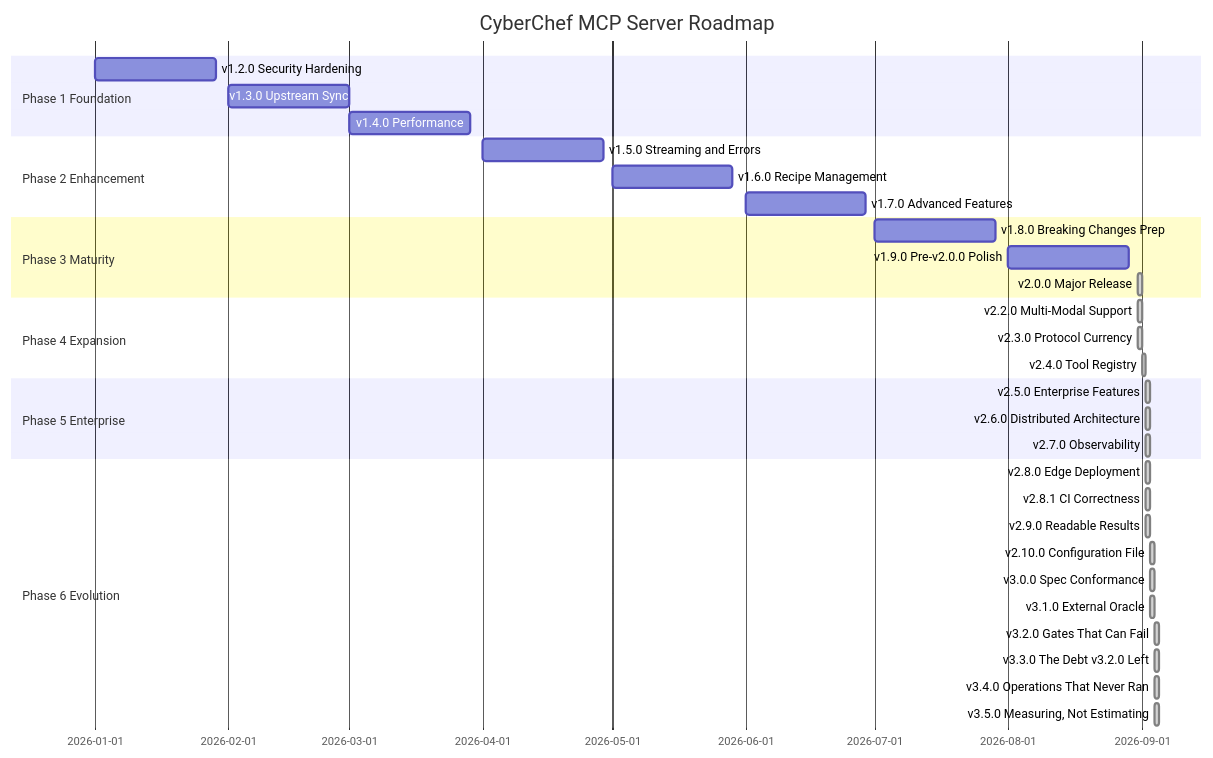
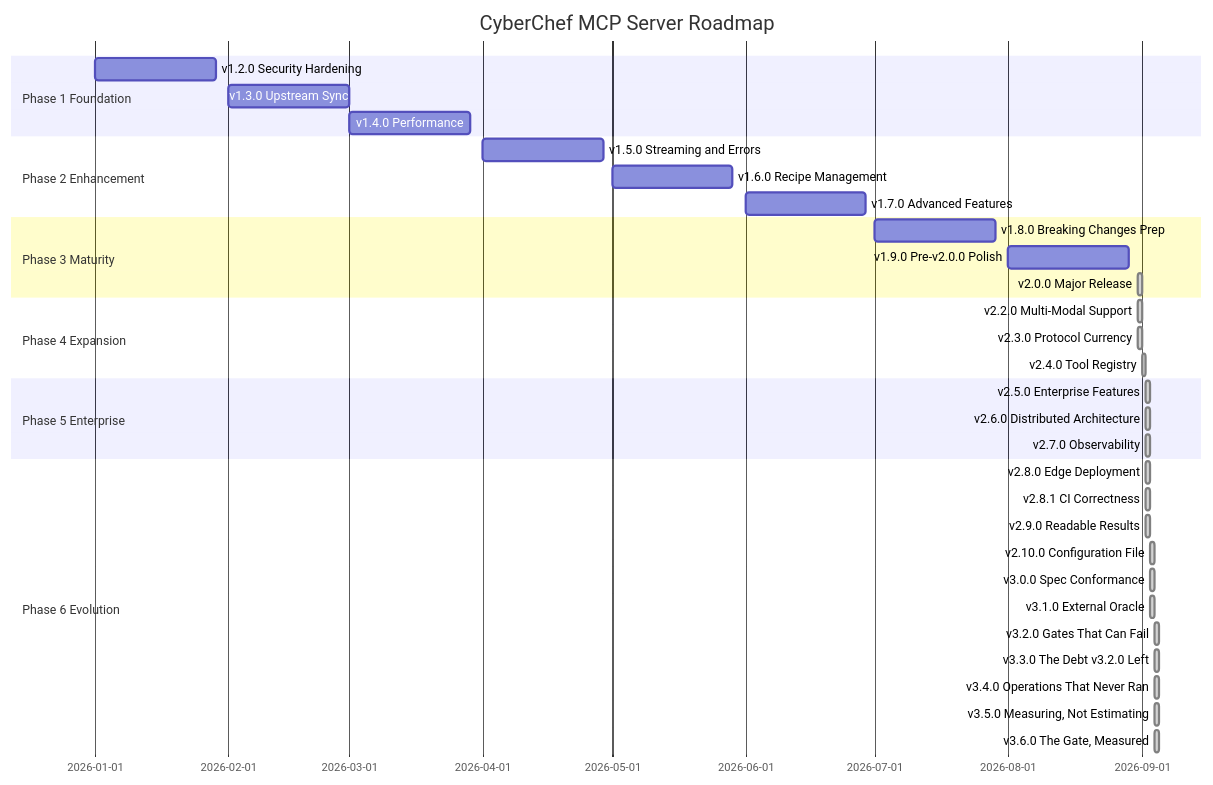
Before and after one commit to doublegate/CyberChef-MCP: the diagram in docs/planning/ROADMAP.md, drawn with Mermaid. The commit also changed other lines of this file and 16 other files, not shown here.

First line of the commit message:
v3.6.0: the benchmark gate, measured into existence (#120)

````diff
--- a/docs/planning/ROADMAP.md
+++ b/docs/planning/ROADMAP.md
@@ -67,36 +67,37 @@
 ```mermaid
 gantt
     title CyberChef MCP Server Roadmap
     dateFormat YYYY-MM-DD
     section Phase 1 Foundation
     v1.2.0 Security Hardening           :2026-01-01, 4w
     v1.3.0 Upstream Sync                :2026-02-01, 4w
     v1.4.0 Performance                  :2026-03-01, 4w
     section Phase 2 Enhancement
     v1.5.0 Streaming and Errors         :2026-04-01, 4w
     v1.6.0 Recipe Management            :2026-05-01, 4w
     v1.7.0 Advanced Features            :2026-06-01, 4w
     section Phase 3 Maturity
     v1.8.0 Breaking Changes Prep        :2026-07-01, 4w
     v1.9.0 Pre-v2.0.0 Polish            :2026-08-01, 4w
     v2.0.0 Major Release                :done, 2026-08-31, 1d
     section Phase 4 Expansion
     v2.2.0 Multi-Modal Support          :done, 2026-08-31, 1d
     v2.3.0 Protocol Currency            :done, 2026-08-31, 1d
     v2.4.0 Tool Registry                :done, 2026-09-01, 1d
     section Phase 5 Enterprise
     v2.5.0 Enterprise Features          :done, 2026-09-02, 1d
     v2.6.0 Distributed Architecture     :done, 2026-09-02, 1d
     v2.7.0 Observability                :done, 2026-09-02, 1d
     section Phase 6 Evolution
     v2.8.0 Edge Deployment              :done, 2026-09-02, 1d
     v2.8.1 CI Correctness               :done, 2026-09-02, 1d
     v2.9.0 Readable Results             :done, 2026-09-02, 1d
     v2.10.0 Configuration File          :done, 2026-09-03, 1d
     v3.0.0 Spec Conformance             :done, 2026-09-03, 1d
     v3.1.0 External Oracle              :done, 2026-09-03, 1d
     v3.2.0 Gates That Can Fail          :done, 2026-09-04, 1d
     v3.3.0 The Debt v3.2.0 Left         :done, 2026-09-04, 1d
     v3.4.0 Operations That Never Ran    :done, 2026-09-04, 1d
     v3.5.0 Measuring, Not Estimating    :done, 2026-09-04, 1d
+    v3.6.0 The Gate, Measured          :done, 2026-09-04, 1d
 ```
````
